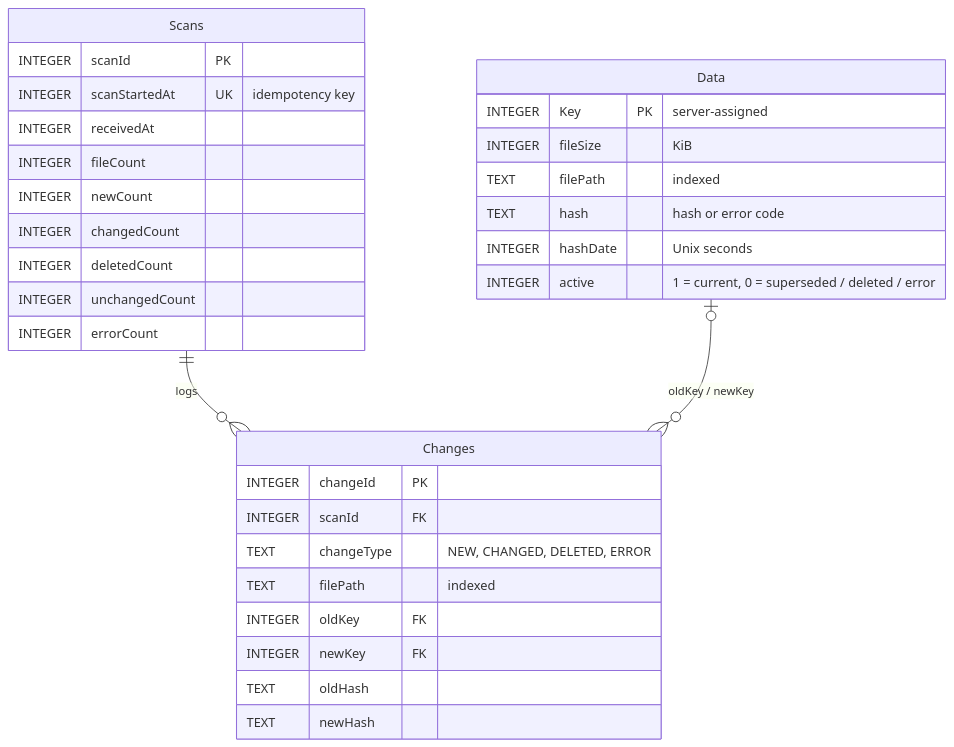
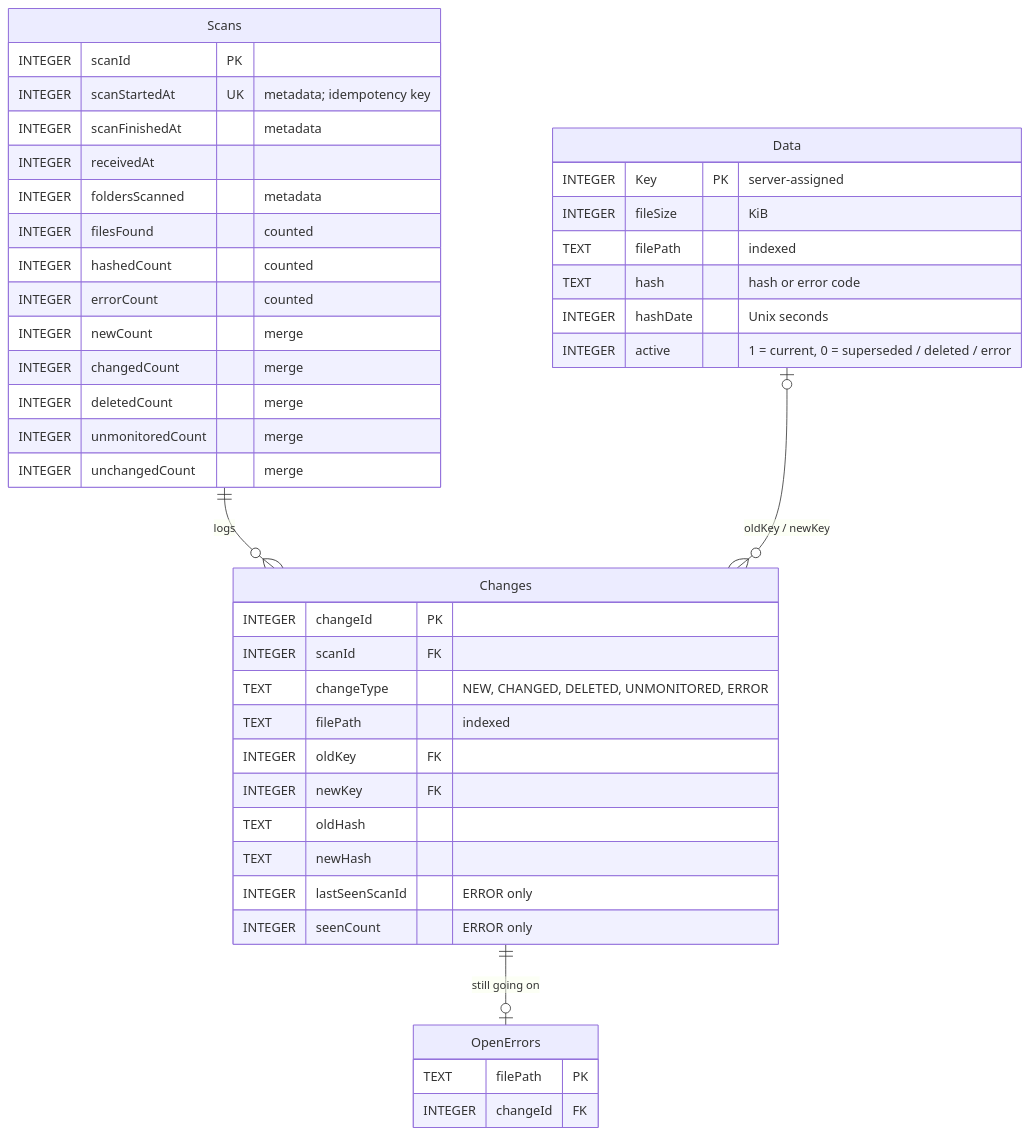
Diagram 12 of 12 in README.md (Carter89490/Capstone_Porject-), drawn with Mermaid before and after one commit. The commit also changed other lines of this file and 16 other files, not shown here.

````diff
--- a/README.md
+++ b/README.md
@@ -270,35 +478,46 @@
 ```mermaid
 erDiagram
     Scans ||--o{ Changes : "logs"
     Data |o--o{ Changes : "oldKey / newKey"
 
     Data {
         INTEGER Key PK "server-assigned"
         INTEGER fileSize "KiB"
         TEXT filePath "indexed"
         TEXT hash "hash or error code"
         INTEGER hashDate "Unix seconds"
         INTEGER active "1 = current, 0 = superseded / deleted / error"
     }
     Scans {
         INTEGER scanId PK
-        INTEGER scanStartedAt UK "idempotency key"
+        INTEGER scanStartedAt UK "metadata; idempotency key"
+        INTEGER scanFinishedAt "metadata"
         INTEGER receivedAt
-        INTEGER fileCount
-        INTEGER newCount
-        INTEGER changedCount
-        INTEGER deletedCount
-        INTEGER unchangedCount
-        INTEGER errorCount
+        INTEGER foldersScanned "metadata"
+        INTEGER filesFound "counted"
+        INTEGER hashedCount "counted"
+        INTEGER errorCount "counted"
+        INTEGER newCount "merge"
+        INTEGER changedCount "merge"
+        INTEGER deletedCount "merge"
+        INTEGER unmonitoredCount "merge"
+        INTEGER unchangedCount "merge"
     }
     Changes {
         INTEGER changeId PK
         INTEGER scanId FK
-        TEXT changeType "NEW, CHANGED, DELETED, ERROR"
+        TEXT changeType "NEW, CHANGED, DELETED, UNMONITORED, ERROR"
         TEXT filePath "indexed"
         INTEGER oldKey FK
         INTEGER newKey FK
         TEXT oldHash
         TEXT newHash
+        INTEGER lastSeenScanId "ERROR only"
+        INTEGER seenCount "ERROR only"
+    }
+    Changes ||--o| OpenErrors : "still going on"
+    OpenErrors {
+        TEXT filePath PK
+        INTEGER changeId FK
     }
 ```
````
